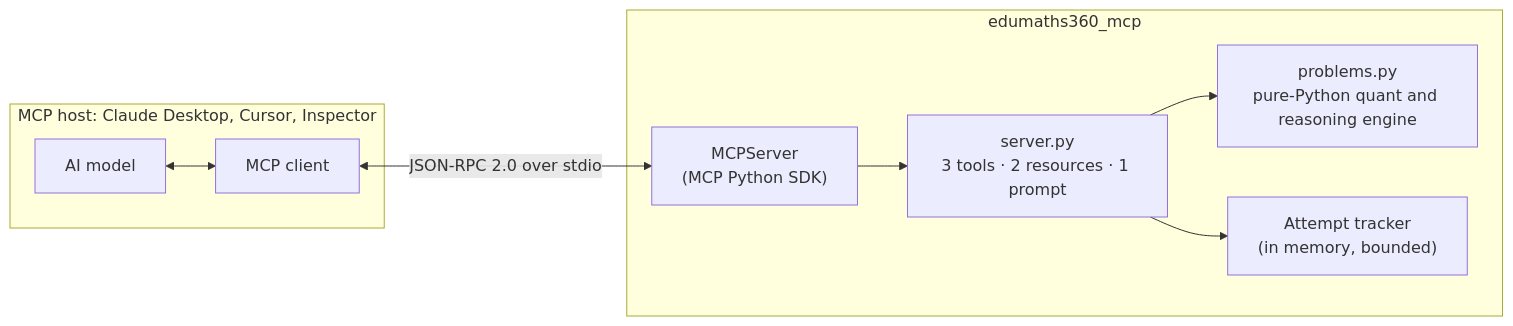
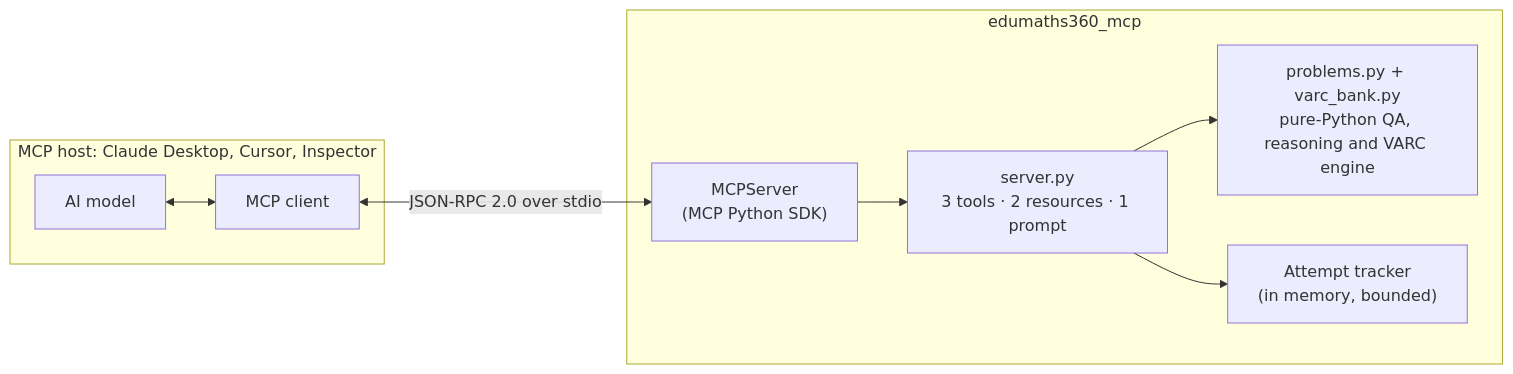
The first of 2 diagrams in README.md (Creator-hub24/edumaths360-mcp-docs), drawn with Mermaid before and after one commit. The commit also changed other lines of this file and 27 other files, not shown here.

````diff
--- a/README.md
+++ b/README.md
@@ -22,12 +22,12 @@
 ```mermaid
 flowchart LR
     subgraph Host["MCP host: Claude Desktop, Cursor, Inspector"]
         Model["AI model"] <--> Client["MCP client"]
     end
     Client <-->|"JSON-RPC 2.0 over stdio"| SDK["MCPServer<br/>(MCP Python SDK)"]
     subgraph Server["edumaths360_mcp"]
         SDK --> API["server.py<br/>3 tools · 2 resources · 1 prompt"]
-        API --> Maths["problems.py<br/>pure-Python quant and reasoning engine"]
+        API --> Maths["problems.py + varc_bank.py<br/>pure-Python QA, reasoning and VARC engine"]
         API --> Tracker["Attempt tracker<br/>(in memory, bounded)"]
     end
 ```
````
